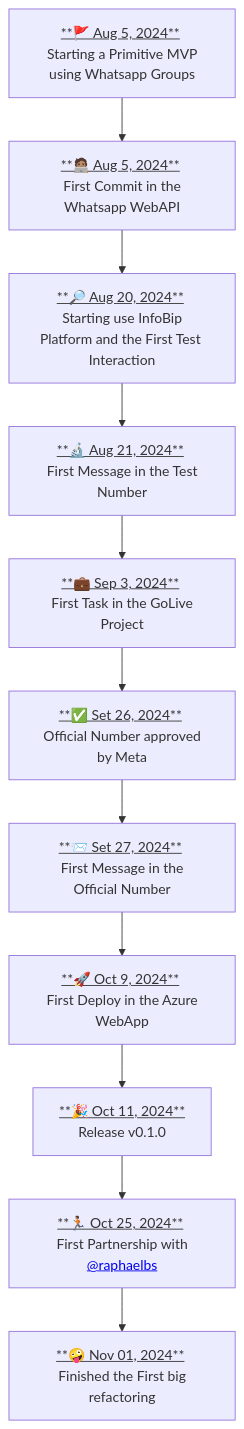
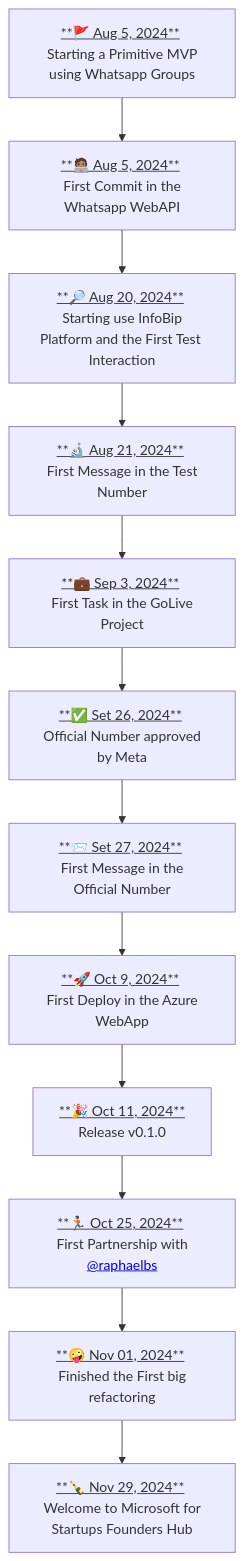
The diagram in profile/README.md (easy-financial/.github), drawn with Mermaid before and after one commit.

````diff
--- a/profile/README.md
+++ b/profile/README.md
@@ -76,13 +76,14 @@
 ```mermaid
 graph TD
     A[<u>**🚩 Aug 5, 2024**</u> <br> Starting a Primitive MVP using Whatsapp Groups] --> B[<u>**🧑🏽‍💻 Aug 5, 2024**</u> <br> First Commit in the Whatsapp WebAPI]
     B --> C[<u>**🔎 Aug 20, 2024**</u> <br> Starting use InfoBip Platform and the First Test Interaction]
     C --> D[<u>**🔬 Aug 21, 2024**</u> <br> First Message in the Test Number]
     D --> E[<u>**💼 Sep 3, 2024**</u> <br> First Task in the GoLive Project]
     E --> F[<u>**✅ Set 26, 2024**</u> <br> Official Number approved by Meta]
     F --> G[<u>**📨 Set 27, 2024**</u> <br> First Message in the Official Number]
     G --> H[<u>**🚀 Oct 9, 2024**</u> <br> First Deploy in the Azure WebApp]
     H --> I[<u>**🎉 Oct 11, 2024**</u> <br> Release v0.1.0]
     I --> J[<u>**🏃🏽 Oct 25, 2024**</u> <br> First Partnership with <a href="https://github.com/raphaelbs">@raphaelbs</a> ]
     J --> K[<u>**🤪 Nov 01, 2024**</u> <br> Finished the First big refactoring ]
+    K --> L[<u>**🍾 Nov 29, 2024**</u> <br> Welcome to Microsoft for Startups Founders Hub]
 ```
````
